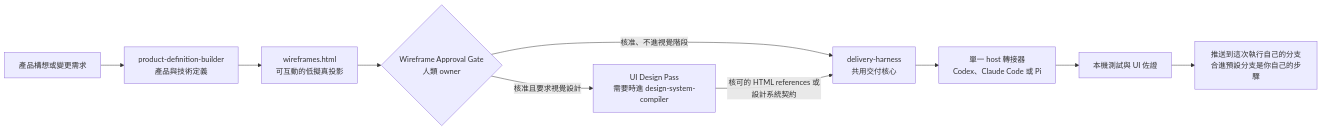
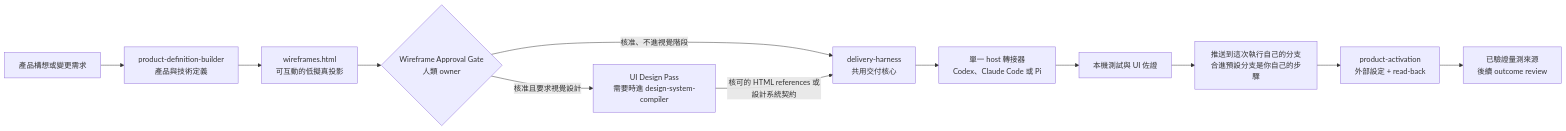
The first of 3 diagrams in README.zh-TW.md (Phlegonlabs/product-delivery-harness), drawn with Mermaid before and after one commit. The commit also changed other lines of this file and 10 other files, not shown here.

Commit message:
chore(release): publish product activation 0.26.0

````diff
--- a/README.zh-TW.md
+++ b/README.zh-TW.md
@@ -64,12 +67,14 @@
 ```mermaid
 flowchart LR
   Idea["產品構想或變更需求"] --> PRD["product-definition-builder\n產品與技術定義"]
   PRD --> Wireframe["wireframes.html\n可互動的低擬真投影"]
   Wireframe --> Gate{"Wireframe Approval Gate\n人類 owner"}
   Gate -->|"核准且要求視覺設計"| Design["UI Design Pass\n需要時進 design-system-compiler"]
   Gate -->|"核准、不進視覺階段"| Harness["delivery-harness\n共用交付核心"]
   Design -->|"核可的 HTML references 或設計系統契約"| Harness
   Harness --> Runtime["單一 host 轉接器\nCodex、Claude Code 或 Pi"]
   Runtime --> Evidence["本機測試與 UI 佐證"]
   Evidence --> Push["推送到這次執行自己的分支\n合進預設分支是你自己的步驟"]
+  Push --> Activate["product-activation\n外部設定 + read-back"]
+  Activate --> Outcome["已驗證量測來源\n後續 outcome review"]
 ```
````
